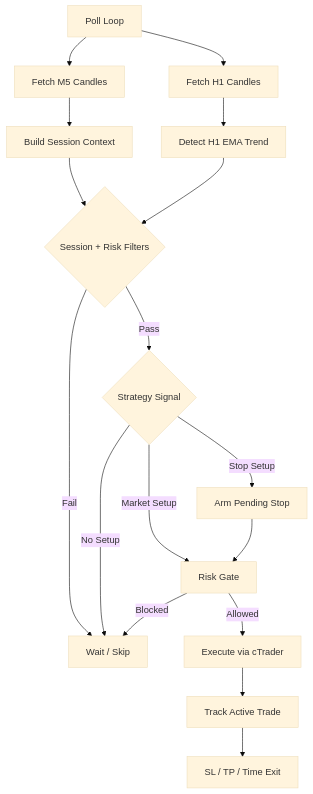
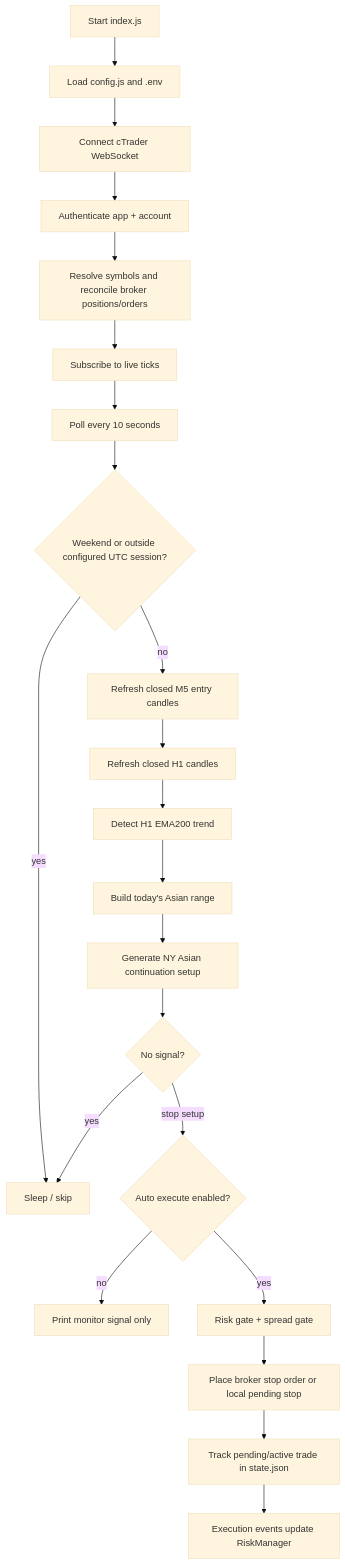
One commit to michaelmbugua-me/ic-robots changed the diagram in README.md. Above: the diagram before and after it, drawn with Mermaid (base theme). The commit also changed other lines of this file and 1 other file, not shown here.

Commit message:
Add  for configuration reference and expand README with setup, strategy details, runtime behavior, and backtesting guide.

````diff
--- a/README.md
+++ b/README.md
@@ -12,19 +33,24 @@
 ```mermaid
 graph TD
-    A[Poll Loop] --> B[Fetch M5 Candles]
-    A --> C[Fetch H1 Candles]
-    B --> D[Build Session Context]
-    C --> E[Detect H1 EMA Trend]
-    D --> F{Session + Risk Filters}
-    E --> F
-    F -- Fail --> G[Wait / Skip]
-    F -- Pass --> H{Strategy Signal}
-    H -- No Setup --> G
-    H -- Stop Setup --> I[Arm Pending Stop]
-    H -- Market Setup --> J[Risk Gate]
-    I --> J
-    J -- Blocked --> G
-    J -- Allowed --> K[Execute via cTrader]
-    K --> L[Track Active Trade]
-    L --> M[SL / TP / Time Exit]
+    A[Start index.js] --> B[Load config.js and .env]
+    B --> C[Connect cTrader WebSocket]
+    C --> D[Authenticate app + account]
+    D --> E[Resolve symbols and reconcile broker positions/orders]
+    E --> F[Subscribe to live ticks]
+    F --> G[Poll every 10 seconds]
+    G --> H{Weekend or outside configured UTC session?}
+    H -- yes --> I[Sleep / skip]
+    H -- no --> J[Refresh closed M5 entry candles]
+    J --> K[Refresh closed H1 candles]
+    K --> L[Detect H1 EMA200 trend]
+    L --> M[Build today's Asian range]
+    M --> N[Generate NY Asian continuation setup]
+    N --> O{No signal?}
+    O -- yes --> I
+    O -- stop setup --> P{Auto execute enabled?}
+    P -- no --> Q[Print monitor signal only]
+    P -- yes --> R[Risk gate + spread gate]
+    R --> S[Place broker stop order or local pending stop]
+    S --> T[Track pending/active trade in state.json]
+    T --> U[Execution events update RiskManager]
 ```
````
